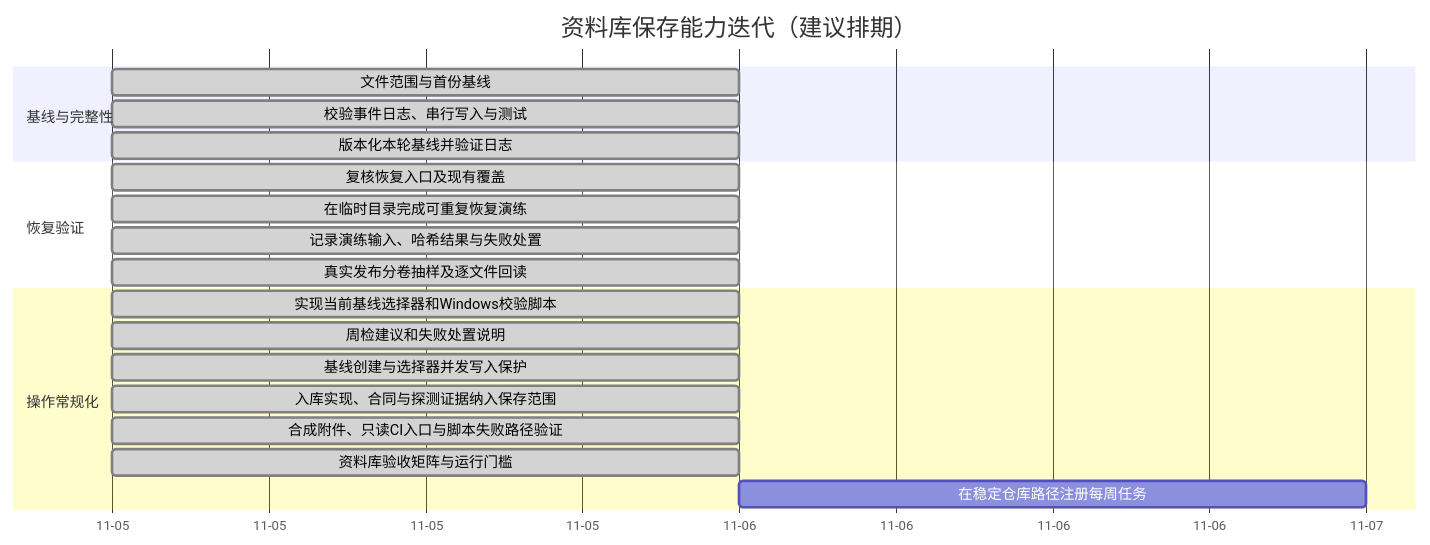
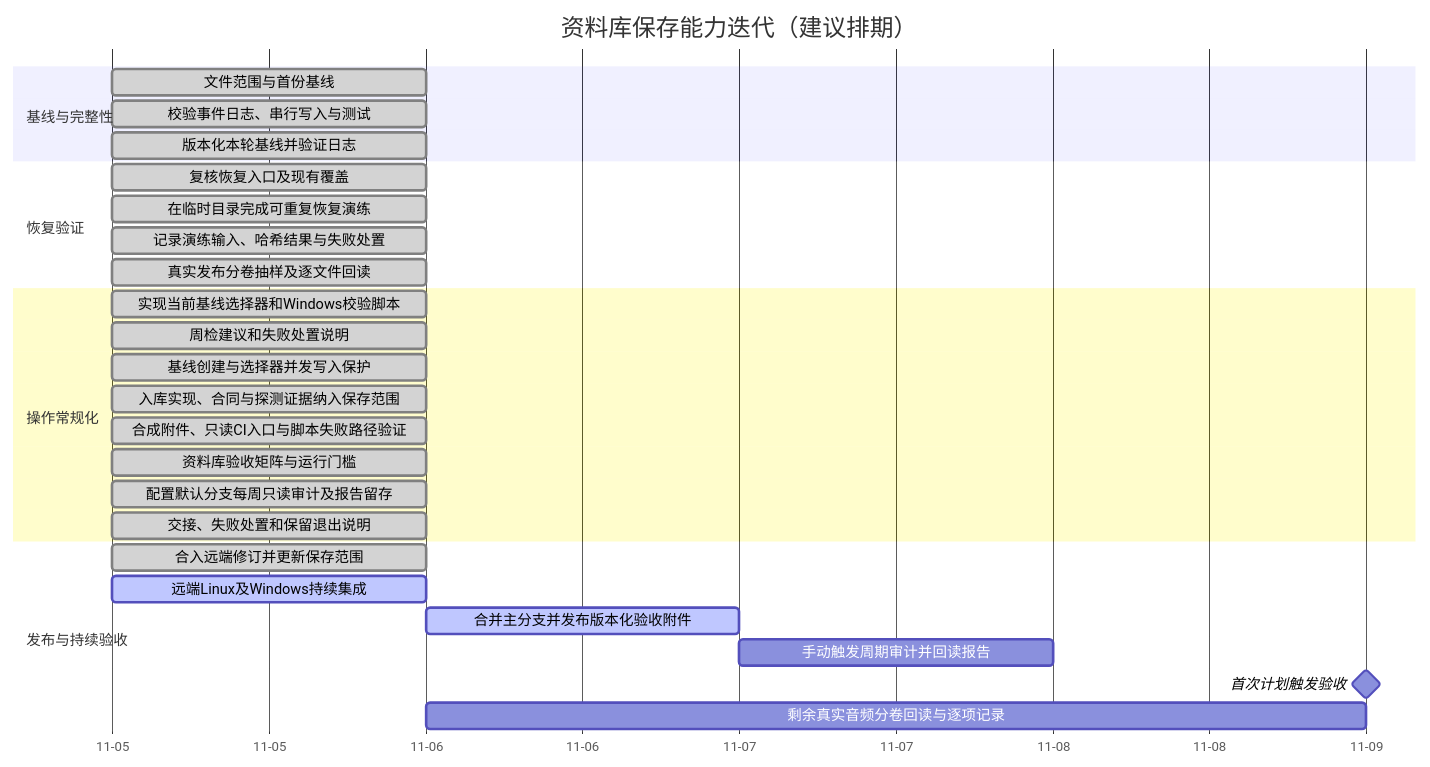
Before and after one commit to chosenecho/weimingzi-data: the diagram in docs/PRESERVATION-ROADMAP.md, drawn with Mermaid. The commit also changed other lines of this file and 10 other files, not shown here.

````diff
--- a/docs/PRESERVATION-ROADMAP.md
+++ b/docs/PRESERVATION-ROADMAP.md
@@ -5,23 +5,31 @@
 ```mermaid
 gantt
     title 资料库保存能力迭代（建议排期）
     dateFormat YYYY-MM-DD
     axisFormat %m-%d
     section 基线与完整性
     文件范围与首份基线                 :done, base, 2026-11-05, 1d
     校验事件日志、串行写入与测试         :done, fixity, 2026-11-05, 1d
     版本化本轮基线并验证日志             :done, fixity_release, 2026-11-05, 1d
     section 恢复验证
     复核恢复入口及现有覆盖               :done, restore_audit, 2026-11-05, 1d
     在临时目录完成可重复恢复演练           :done, restore_drill, 2026-11-05, 1d
     记录演练输入、哈希结果与失败处置       :done, restore_evidence, 2026-11-05, 1d
     真实发布分卷抽样及逐文件回读           :done, live_restore_sample, 2026-11-05, 1d
     section 操作常规化
     实现当前基线选择器和Windows校验脚本     :done, cadence_entry, 2026-11-05, 1d
     周检建议和失败处置说明                 :done, runbook, 2026-11-05, 1d
     基线创建与选择器并发写入保护             :done, writer_lock, 2026-11-05, 1d
     入库实现、合同与探测证据纳入保存范围       :done, ingest_context, 2026-11-05, 1d
     合成附件、只读CI入口与脚本失败路径验证      :done, acceptance_checks, 2026-11-05, 1d
     资料库验收矩阵与运行门槛                  :done, acceptance_matrix, 2026-11-05, 1d
-    在稳定仓库路径注册每周任务             :schedule_install, 2026-11-06, 1d
+    配置默认分支每周只读审计及报告留存       :done, schedule_config, 2026-11-05, 1d
+    交接、失败处置和保留退出说明             :done, handover_runbook, 2026-11-05, 1d
+    section 发布与持续验收
+    合入远端修订并更新保存范围               :done, upstream_merge, 2026-11-05, 1d
+    远端Linux及Windows持续集成               :active, remote_ci, 2026-11-05, 1d
+    合并主分支并发布版本化验收附件           :active, publication, after remote_ci, 1d
+    手动触发周期审计并回读报告               :manual_audit, after publication, 1d
+    首次计划触发验收                         :milestone, scheduled_run, 2026-11-09, 0d
+    剩余真实音频分卷回读与逐项记录           :full_restore, 2026-11-06, 3d
 ```
````
